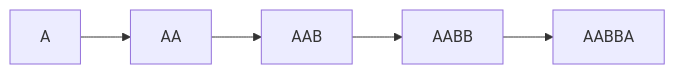
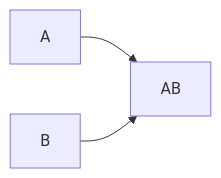
One commit to xnought/asm-index changed the first of 3 diagrams in README.md. Above: the diagram before and after it, drawn with Mermaid. The commit also changed other lines of this file and 1 other file, not shown here.

````diff
--- a/README.md
+++ b/README.md
@@ -11,4 +18,5 @@
 ```mermaid
 graph LR;
-A-->AA-->AAB-->AABB-->AABBA
+A-->AB;
+B-->AB;
 ```
````
